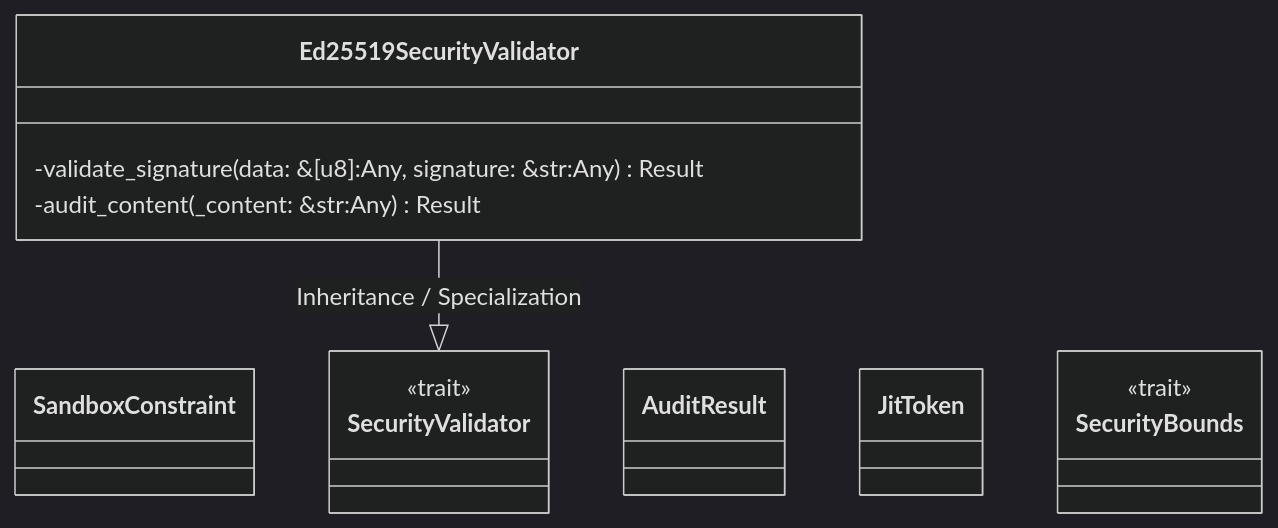
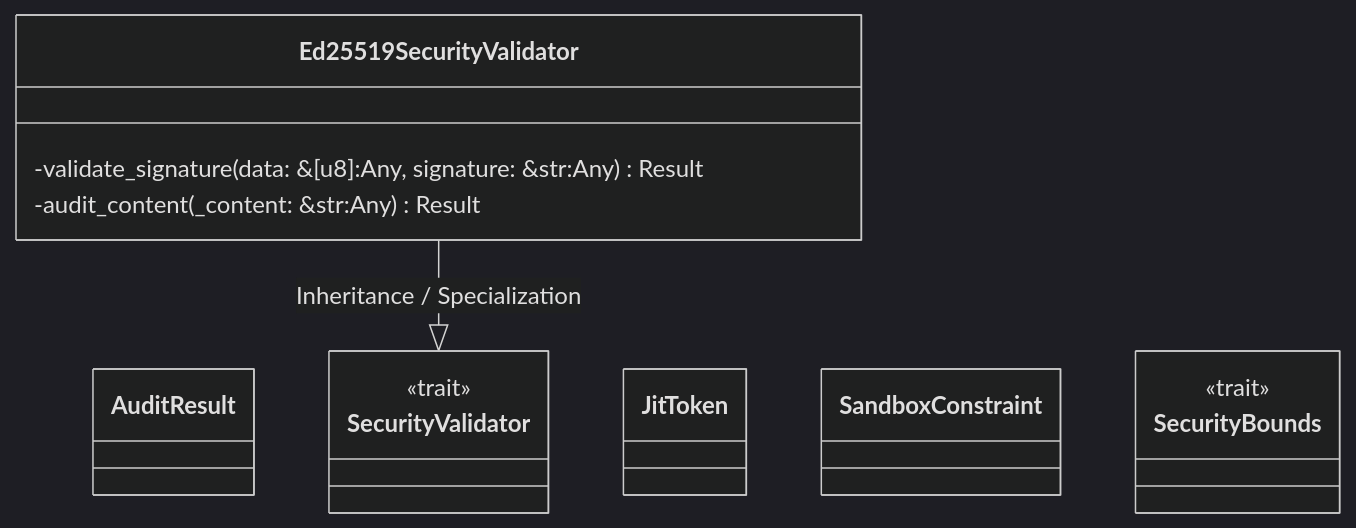
One commit to lgcorzo/rust_CACD_autonomous_factory changed the first of 2 diagrams in openwiki/crates_factory-core_src_security_rs.md. Above: the diagram before and after it, drawn with Mermaid (dark theme). The commit also changed other lines of this file and 78 other files, not shown here.

````diff
--- a/openwiki/crates_factory-core_src_security_rs.md
+++ b/openwiki/crates_factory-core_src_security_rs.md
@@ -219,22 +219,22 @@
 ```mermaid
 classDiagram
     direction BT
-    class SandboxConstraint {
-    }
-    class SecurityValidator {
-        <<trait>>
-    }
     class AuditResult {
     }
     class Ed25519SecurityValidator {
         -validate_signature(data: &[u8]:Any, signature: &str:Any) Result<bool>
         -audit_content(_content: &str:Any) Result<AuditResult>
     }
     SecurityValidator <|-- Ed25519SecurityValidator : Inheritance / Specialization
     class JitToken {
     }
+    class SandboxConstraint {
+    }
     class SecurityBounds {
+        <<trait>>
+    }
+    class SecurityValidator {
         <<trait>>
     }
 
 ```
````
